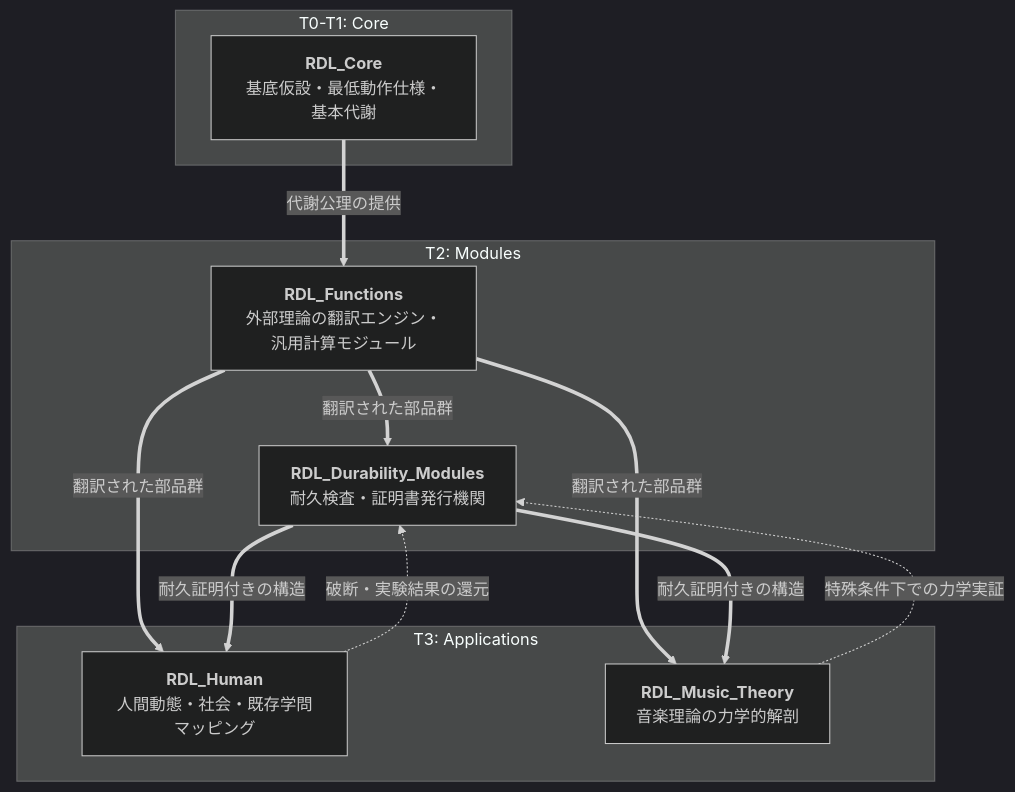
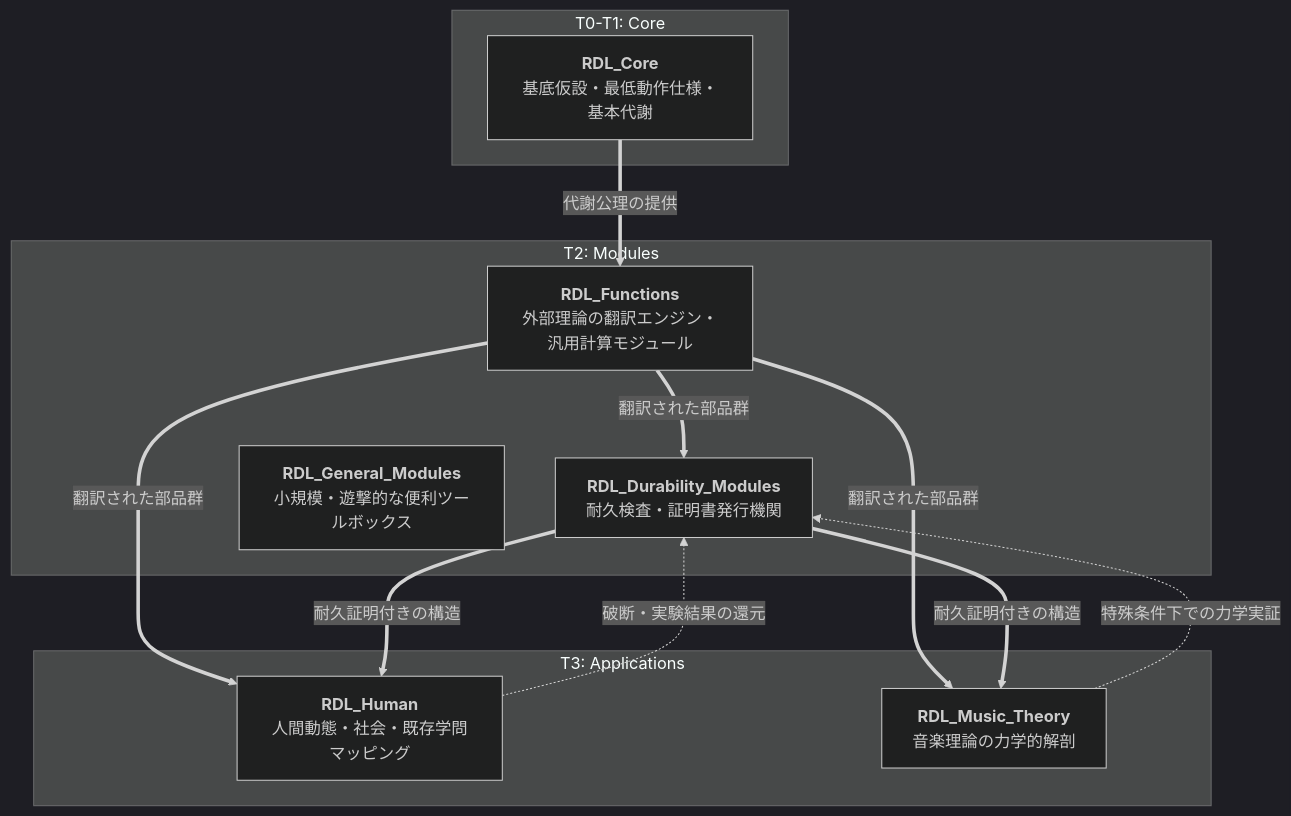
The diagram in profile/README.md (Aporapeiron/.github), drawn with Mermaid (dark theme) before and after one commit. The commit also changed other lines of this file, not shown here.

Commit message:
docs: insert RDL_General_Modules into ecosystem map

````diff
--- a/profile/README.md
+++ b/profile/README.md
@@ -17,22 +17,23 @@
 ```mermaid
 graph TD
     subgraph T0-T1: Core
         C[<b>RDL_Core</b><br>基底仮設・最低動作仕様・基本代謝] 
     end
 
     subgraph T2: Modules
         F[<b>RDL_Functions</b><br>外部理論の翻訳エンジン・汎用計算モジュール]
         M[<b>RDL_Durability_Modules</b><br>耐久検査・証明書発行機関]
+        G[<b>RDL_General_Modules</b><br>小規模・遊撃的な便利ツールボックス]
     end
 
     subgraph T3: Applications
         H[<b>RDL_Human</b><br>人間動態・社会・既存学問マッピング]
         Music[<b>RDL_Music_Theory</b><br>音楽理論の力学的解剖]
     end
 
     C ==>|代謝公理の提供| F
     F ==>|翻訳された部品群| M & H & Music
     M ==>|耐久証明付きの構造| H & Music
     H -.->|破断・実験結果の還元| M
     Music -.->|特殊条件下での力学実証| M
 ```
````
